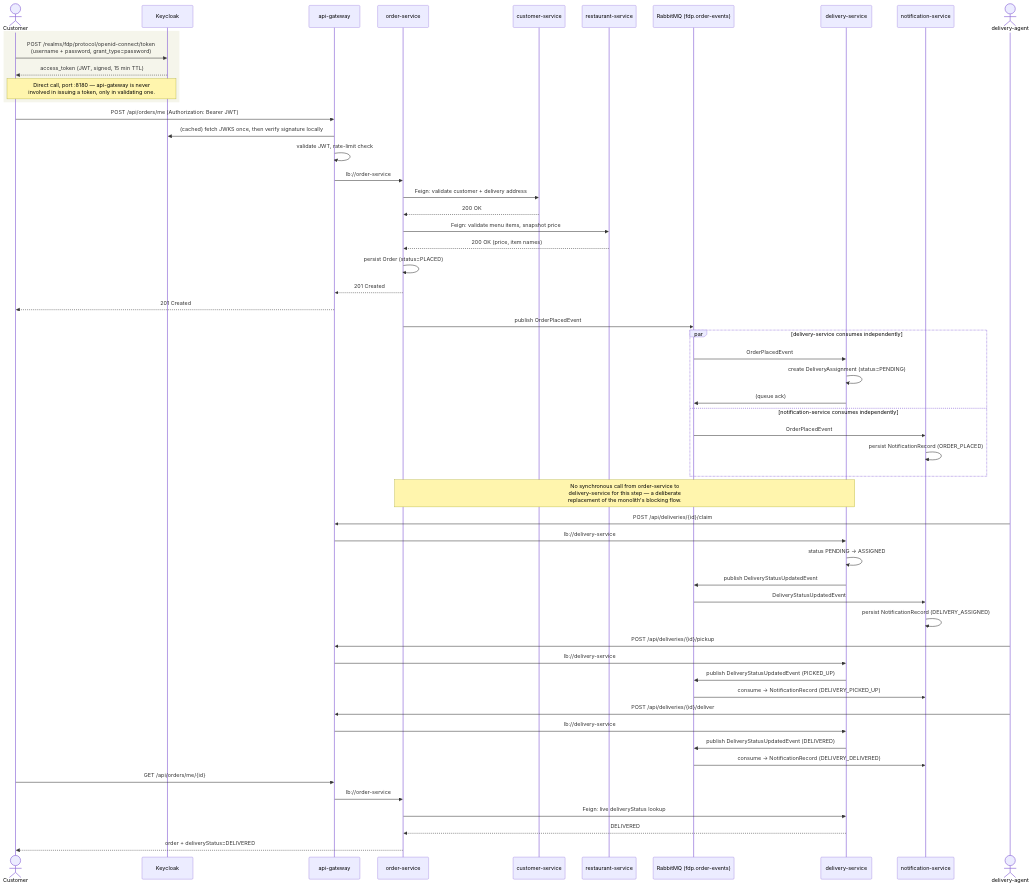
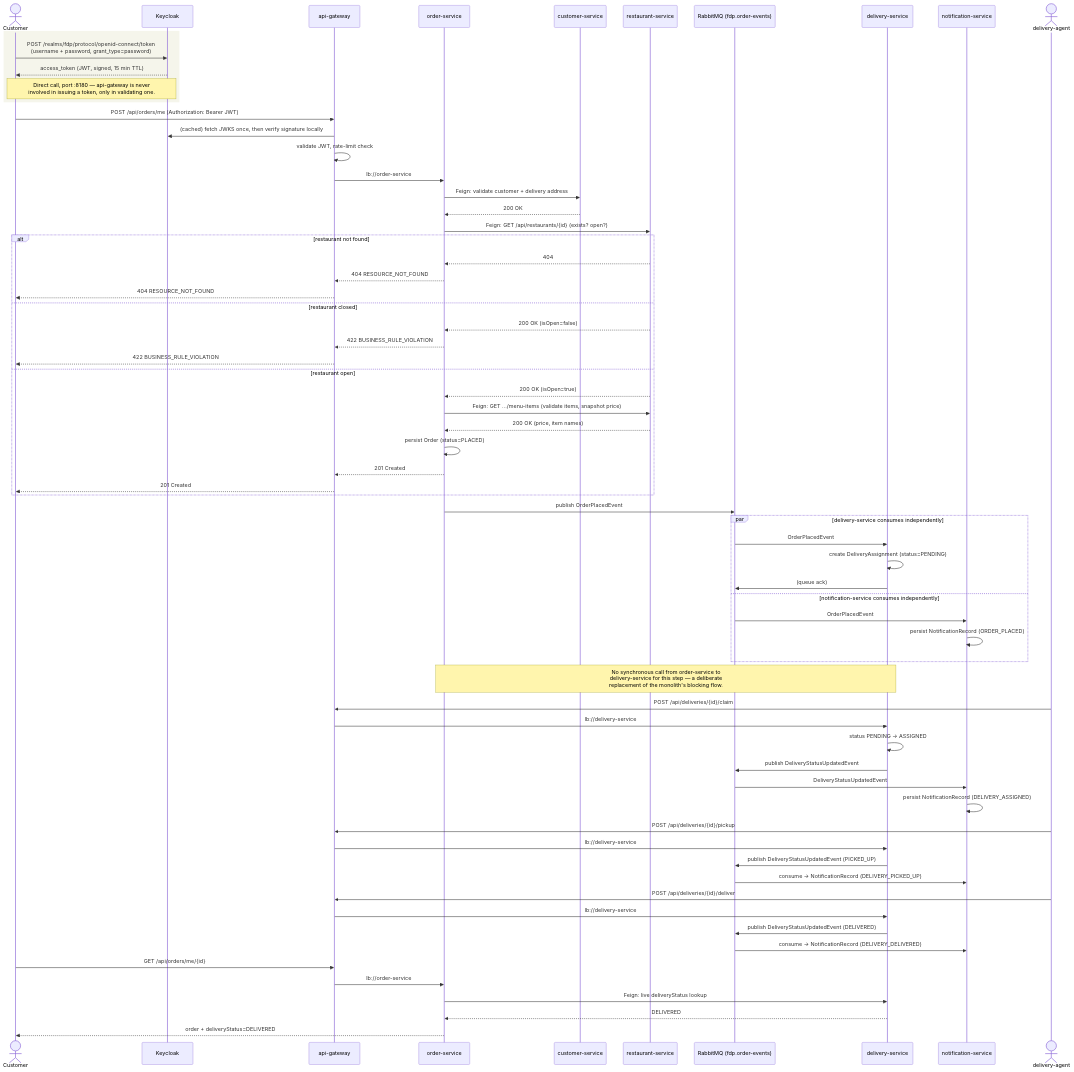
The second of 3 diagrams in README.md (jadofils/food-delivery-platform-microservices), drawn with Mermaid before and after one commit. The commit also changed other lines of this file, not shown here.

Commit message:
docs(README): spell out exactly how order-service confirms a restaurant exists
The async-communication table and sequence diagram both collapsed order-service's restaurant
validation into one generic "Feign: validate menu items, snapshot price" step -- it's actually
two distinct calls, read directly from OrderService.placeOrder/RestaurantServiceGateway:

1. GET /api/restaurants/{id} first -- the actual existence + isOpen check. A 404 here is
   caught and re-thrown as ResourceNotFoundException (client gets a real 404, not a 500 or a
   silently-created order for a nonexistent restaurant); isOpen=false gets a
   422 BUSINESS_RULE_VIOLATION instead ("Restaurant <name> is currently closed").
2. Only once that passes: GET /api/restaurants/{id}/menu-items, to validate the requested
   items and snapshot price/name from the response, never the client's own request body.

Split the table row into two, each with the precise failure mode, and rebuilt the sequence
diagram's corresponding step into an alt block showing all three branches (not found / closed
/ open) with the actual status codes each one produces. Re-rendered and visually verified
before committing.

````diff
--- a/README.md
+++ b/README.md
@@ -180,66 +180,78 @@
 ```mermaid
 sequenceDiagram
     actor Customer
     participant KC as Keycloak
     participant GW as api-gateway
     participant OS as order-service
     participant CS as customer-service
     participant RS as restaurant-service
     participant MQ as RabbitMQ (fdp.order-events)
     participant DS as delivery-service
     participant NS as notification-service
     actor Agent as delivery-agent
 
     rect rgb(245, 245, 235)
     Customer->>KC: POST /realms/fdp/protocol/openid-connect/token<br/>(username + password, grant_type=password)
     KC-->>Customer: access_token (JWT, signed, 15 min TTL)
     Note over Customer,KC: Direct call, port :8180 — api-gateway is never<br/>involved in issuing a token, only in validating one.
     end
 
     Customer->>GW: POST /api/orders/me (Authorization: Bearer JWT)
     GW->>KC: (cached) fetch JWKS once, then verify signature locally
     GW->>GW: validate JWT, rate-limit check
     GW->>OS: lb://order-service
     OS->>CS: Feign: validate customer + delivery address
     CS-->>OS: 200 OK
-    OS->>RS: Feign: validate menu items, snapshot price
-    RS-->>OS: 200 OK (price, item names)
-    OS->>OS: persist Order (status=PLACED)
-    OS-->>GW: 201 Created
-    GW-->>Customer: 201 Created
+    OS->>RS: Feign: GET /api/restaurants/{id} (exists? open?)
+    alt restaurant not found
+        RS-->>OS: 404
+        OS-->>GW: 404 RESOURCE_NOT_FOUND
+        GW-->>Customer: 404 RESOURCE_NOT_FOUND
+    else restaurant closed
+        RS-->>OS: 200 OK (isOpen=false)
+        OS-->>GW: 422 BUSINESS_RULE_VIOLATION
+        GW-->>Customer: 422 BUSINESS_RULE_VIOLATION
+    else restaurant open
+        RS-->>OS: 200 OK (isOpen=true)
+        OS->>RS: Feign: GET .../menu-items (validate items, snapshot price)
+        RS-->>OS: 200 OK (price, item names)
+        OS->>OS: persist Order (status=PLACED)
+        OS-->>GW: 201 Created
+        GW-->>Customer: 201 Created
+    end
     OS->>MQ: publish OrderPlacedEvent
 
     par delivery-service consumes independently
         MQ->>DS: OrderPlacedEvent
         DS->>DS: create DeliveryAssignment (status=PENDING)
         DS->>MQ: (queue ack)
     and notification-service consumes independently
         MQ->>NS: OrderPlacedEvent
         NS->>NS: persist NotificationRecord (ORDER_PLACED)
     end
 
     Note over OS,DS: No synchronous call from order-service to<br/>delivery-service for this step — a deliberate<br/>replacement of the monolith's blocking flow.
 
     Agent->>GW: POST /api/deliveries/{id}/claim
     GW->>DS: lb://delivery-service
     DS->>DS: status PENDING -> ASSIGNED
     DS->>MQ: publish DeliveryStatusUpdatedEvent
     MQ->>NS: DeliveryStatusUpdatedEvent
     NS->>NS: persist NotificationRecord (DELIVERY_ASSIGNED)
 
     Agent->>GW: POST /api/deliveries/{id}/pickup
     GW->>DS: lb://delivery-service
     DS->>MQ: publish DeliveryStatusUpdatedEvent (PICKED_UP)
     MQ->>NS: consume -> NotificationRecord (DELIVERY_PICKED_UP)
 
     Agent->>GW: POST /api/deliveries/{id}/deliver
     GW->>DS: lb://delivery-service
     DS->>MQ: publish DeliveryStatusUpdatedEvent (DELIVERED)
     MQ->>NS: consume -> NotificationRecord (DELIVERY_DELIVERED)
 
     Customer->>GW: GET /api/orders/me/{id}
     GW->>OS: lb://order-service
     OS->>DS: Feign: live deliveryStatus lookup
     DS-->>OS: DELIVERED
     OS-->>Customer: order + deliveryStatus=DELIVERED
 ```
````
